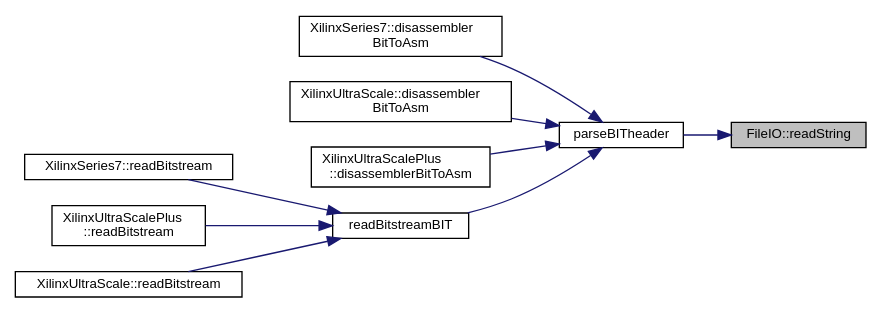
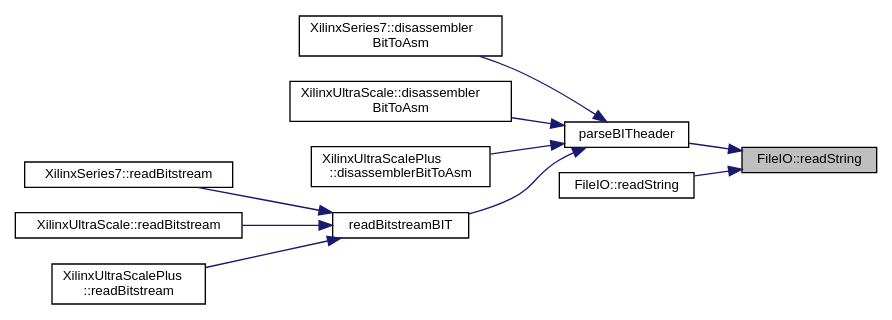
The diagram in namespaceFileIO_a0d6bb9a54ff40a26a297e592504d2ab6_icgraph.dot (FPGA-Research-Manchester/byteman), drawn with Graphviz before and after one commit. The commit also changed 1723 other files, not shown here.

```diff
--- a/namespaceFileIO_a0d6bb9a54ff40a26a297e592504d2ab6_icgraph.dot
+++ b/namespaceFileIO_a0d6bb9a54ff40a26a297e592504d2ab6_icgraph.dot
@@ -1,25 +1,27 @@
 digraph "FileIO::readString"
 {
  // INTERACTIVE_SVG=YES
  // LATEX_PDF_SIZE
   edge [fontname="Helvetica",fontsize="10",labelfontname="Helvetica",labelfontsize="10"];
   node [fontname="Helvetica",fontsize="10",shape=record];
   rankdir="RL";
   Node1 [label="FileIO::readString",height=0.2,width=0.4,color="black", fillcolor="grey75", style="filled", fontcolor="black",tooltip=" "];
   Node1 -> Node2 [dir="back",color="midnightblue",fontsize="10",style="solid",fontname="Helvetica"];
   Node2 [label="parseBITheader",height=0.2,width=0.4,color="black", fillcolor="white", style="filled",URL="$inlineInput_8h.html#a646785be1b63453b24d7e92fd4a1c452",tooltip=" "];
   Node2 -> Node3 [dir="back",color="midnightblue",fontsize="10",style="solid",fontname="Helvetica"];
   Node3 [label="XilinxSeries7::disassembler\lBitToAsm",height=0.2,width=0.4,color="black", fillcolor="white", style="filled",URL="$classXilinxSeries7.html#a283493a5ab6d44c1190c6049982dd550",tooltip=" "];
   Node2 -> Node4 [dir="back",color="midnightblue",fontsize="10",style="solid",fontname="Helvetica"];
   Node4 [label="XilinxUltraScale::disassembler\lBitToAsm",height=0.2,width=0.4,color="black", fillcolor="white", style="filled",URL="$classXilinxUltraScale.html#a6050c0532a7e54b7e72706c8026226ac",tooltip=" "];
   Node2 -> Node5 [dir="back",color="midnightblue",fontsize="10",style="solid",fontname="Helvetica"];
   Node5 [label="XilinxUltraScalePlus\l::disassemblerBitToAsm",height=0.2,width=0.4,color="black", fillcolor="white", style="filled",URL="$classXilinxUltraScalePlus.html#aab9586754c42b60fecacec4960f6895f",tooltip=" "];
   Node2 -> Node6 [dir="back",color="midnightblue",fontsize="10",style="solid",fontname="Helvetica"];
   Node6 [label="readBitstreamBIT",height=0.2,width=0.4,color="black", fillcolor="white", style="filled",URL="$inlineInput_8h.html#a8e7e2bd44405c923c1ed0fc0cd284aaf",tooltip=" "];
   Node6 -> Node7 [dir="back",color="midnightblue",fontsize="10",style="solid",fontname="Helvetica"];
   Node7 [label="XilinxSeries7::readBitstream",height=0.2,width=0.4,color="black", fillcolor="white", style="filled",URL="$classXilinxSeries7.html#ac8bc127280d52c751350e759ed7b42ac",tooltip=" "];
   Node6 -> Node8 [dir="back",color="midnightblue",fontsize="10",style="solid",fontname="Helvetica"];
-  Node8 [label="XilinxUltraScalePlus\l::readBitstream",height=0.2,width=0.4,color="black", fillcolor="white", style="filled",URL="$classXilinxUltraScalePlus.html#aee626cbe876d1b294beff220903060a9",tooltip=" "];
+  Node8 [label="XilinxUltraScale::readBitstream",height=0.2,width=0.4,color="black", fillcolor="white", style="filled",URL="$classXilinxUltraScale.html#a3c696df2b3cff66970de1bbbd63d2d0e",tooltip=" "];
   Node6 -> Node9 [dir="back",color="midnightblue",fontsize="10",style="solid",fontname="Helvetica"];
-  Node9 [label="XilinxUltraScale::readBitstream",height=0.2,width=0.4,color="black", fillcolor="white", style="filled",URL="$classXilinxUltraScale.html#a3c696df2b3cff66970de1bbbd63d2d0e",tooltip=" "];
+  Node9 [label="XilinxUltraScalePlus\l::readBitstream",height=0.2,width=0.4,color="black", fillcolor="white", style="filled",URL="$classXilinxUltraScalePlus.html#aee626cbe876d1b294beff220903060a9",tooltip=" "];
+  Node1 -> Node10 [dir="back",color="midnightblue",fontsize="10",style="solid",fontname="Helvetica"];
+  Node10 [label="FileIO::readString",height=0.2,width=0.4,color="black", fillcolor="white", style="filled",URL="$namespaceFileIO.html#aca3e91e2723c62ce23c0252434277493",tooltip=" "];
 }
```
